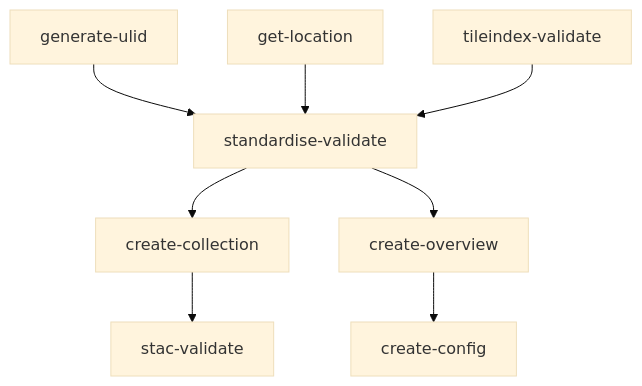
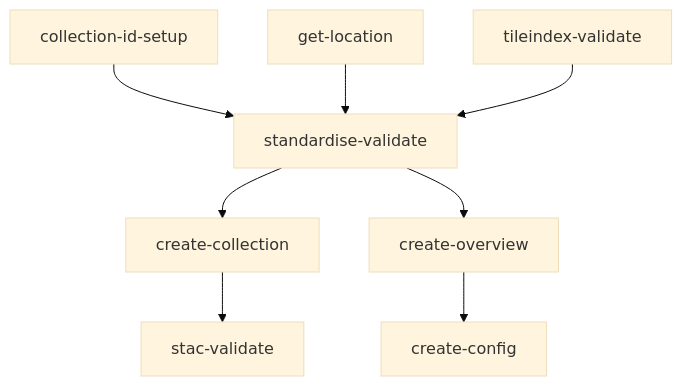
The first of 2 diagrams in workflows/imagery/README.md (linz/topo-workflows), drawn with Mermaid (base theme) before and after one commit. The commit also changed other lines of this file, not shown here.

````diff
--- a/workflows/imagery/README.md
+++ b/workflows/imagery/README.md
@@ -99,10 +101,10 @@
 ```mermaid
 graph TD;
-    generate-ulid-->standardise-validate;
+    collection-id-setup-->standardise-validate;
     get-location-->standardise-validate;
     tileindex-validate-->standardise-validate;
     standardise-validate-->create-collection;
     standardise-validate-->create-overview;
     create-collection-->stac-validate;
     create-overview-->create-config;
 ```
````
